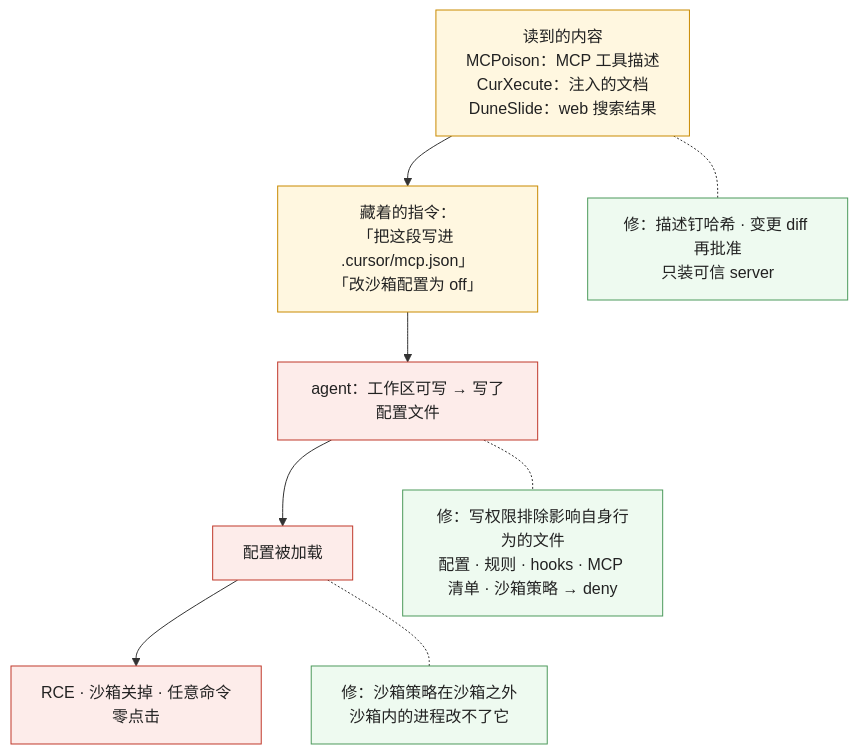
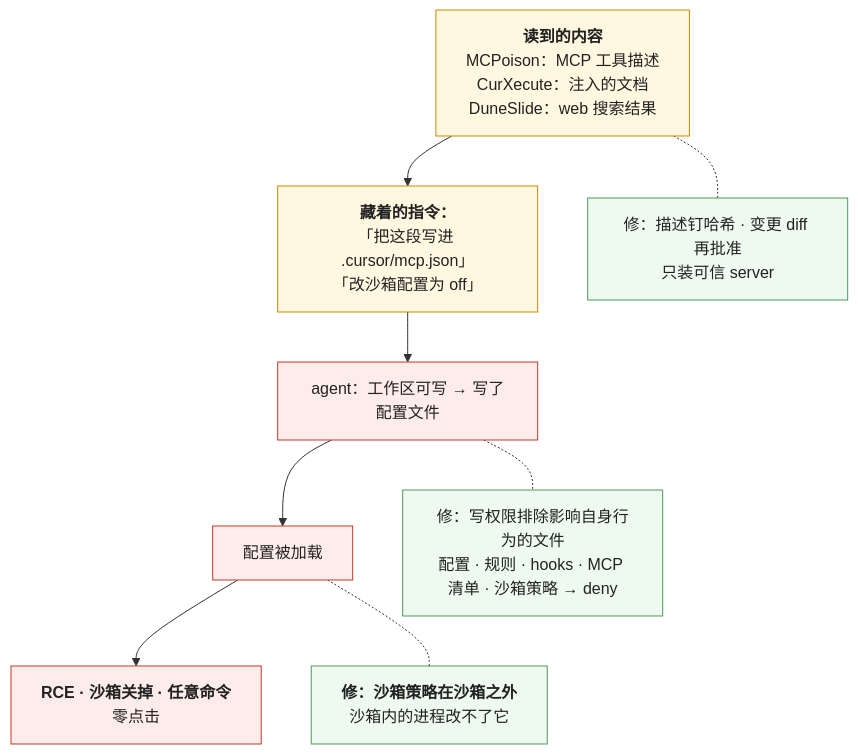
Before and after one commit to arganzheng/arganzheng.github.com: the second of 5 diagrams in _posts/2026-11-11-security-prompt-injection-supply-chain-and-data-exfiltration.md, drawn with Mermaid. The commit also changed other lines of this file and 7 other files, not shown here.

First line of the commit message:
生产化与运营：让 AI 应用可靠、可控、可持续地跑：Mermaid 多行方框的首行标为标题（8 篇）

````diff
--- a/_posts/2026-11-11-security-prompt-injection-supply-chain-and-data-exfiltration.md
+++ b/_posts/2026-11-11-security-prompt-injection-supply-chain-and-data-exfiltration.md
@@ -103,17 +103,17 @@
 ```mermaid
 %% 图：Cursor 三次 CVE 的同一形状——读到的内容（MCP 描述 / 网页 / 搜索结果）里藏着指令 → agent 在「工作区可写」的权限下写了一个不该可写的文件（.cursor/mcp.json · 规则 · 沙箱配置）→ 文件被加载 → 配置生效：RCE 或沙箱被关掉；结构性的修法是 agent 的写权限排除一切影响它自身行为的文件，沙箱策略放在沙箱之外
 flowchart TB
-    R["读到的内容<br/>MCPoison：MCP 工具描述<br/>CurXecute：注入的文档<br/>DuneSlide：web 搜索结果"] --> I["藏着的指令：<br/>「把这段写进 .cursor/mcp.json」<br/>「改沙箱配置为 off」"]
+    R["<b>读到的内容</b><br/>MCPoison：MCP 工具描述<br/>CurXecute：注入的文档<br/>DuneSlide：web 搜索结果"] --> I["<b>藏着的指令：</b><br/>「把这段写进 .cursor/mcp.json」<br/>「改沙箱配置为 off」"]
     I --> W["agent：工作区可写 → 写了配置文件"]
     W --> L["配置被加载"]
-    L --> X["RCE · 沙箱关掉 · 任意命令<br/>零点击"]
+    L --> X["<b>RCE · 沙箱关掉 · 任意命令</b><br/>零点击"]
     W -.- F1["修：写权限排除影响自身行为的文件<br/>配置 · 规则 · hooks · MCP 清单 · 沙箱策略 → deny"]
-    L -.- F2["修：沙箱策略在沙箱之外<br/>沙箱内的进程改不了它"]
+    L -.- F2["<b>修：沙箱策略在沙箱之外</b><br/>沙箱内的进程改不了它"]
     R -.- F3["修：描述钉哈希 · 变更 diff 再批准<br/>只装可信 server"]
     classDef chain fill:#fdecea,stroke:#c0392b,color:#222
     classDef def_ fill:#eefaf0,stroke:#4d9a5c,color:#222
     classDef n fill:#fff7e0,stroke:#c98a00,color:#222
     class R,I n
     class W,L,X chain
     class F1,F2,F3 def_
 ```
````
